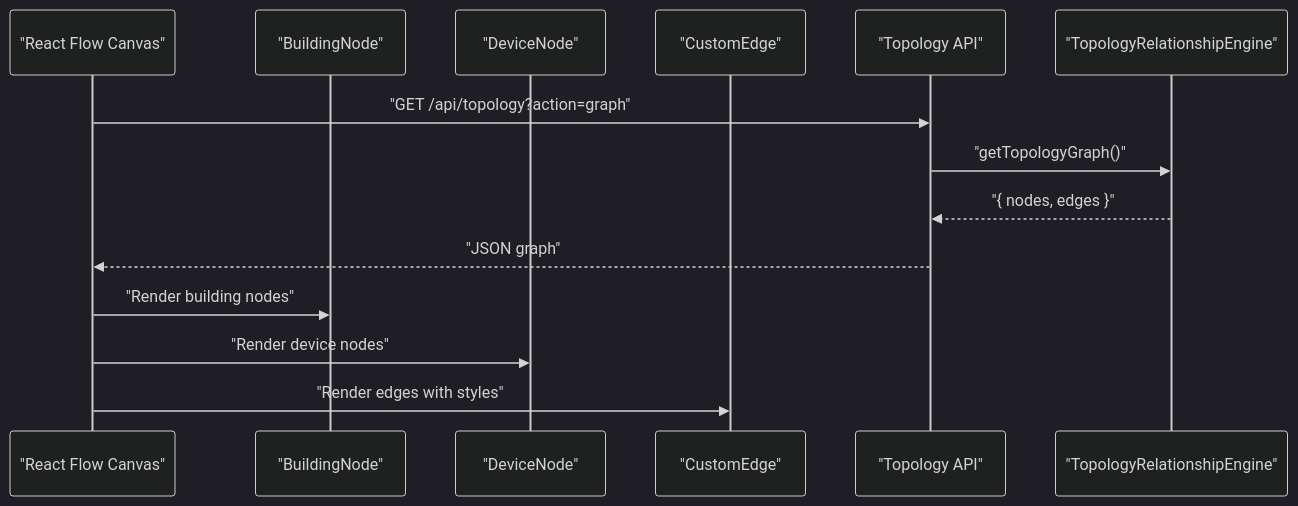
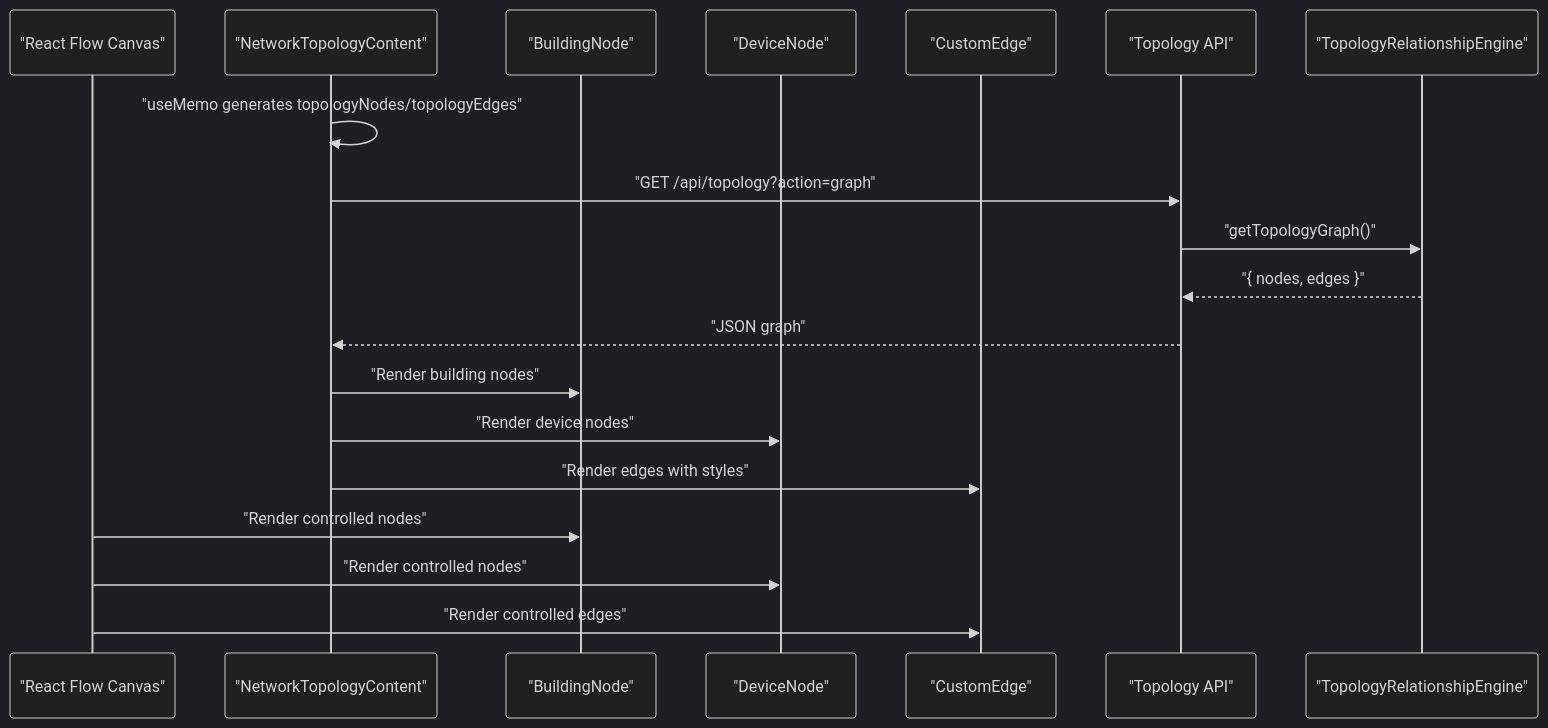
The second of 11 diagrams in .qoder/repowiki/en/content/Frontend Application/Topology and Network Visualization.md (celebigilfatih/infrascope), drawn with Mermaid (dark theme) before and after one commit. The commit also changed other lines of this file and 13 other files, not shown here.

````diff
--- a/.qoder/repowiki/en/content/Frontend Application/Topology and Network Visualization.md
+++ b/.qoder/repowiki/en/content/Frontend Application/Topology and Network Visualization.md
@@ -117,16 +136,21 @@
 ```mermaid
 sequenceDiagram
 participant UI as "React Flow Canvas"
+participant NTC as "NetworkTopologyContent"
 participant BN as "BuildingNode"
 participant DN as "DeviceNode"
 participant CE as "CustomEdge"
 participant API as "Topology API"
 participant Engine as "TopologyRelationshipEngine"
-UI->>API : "GET /api/topology?action=graph"
+NTC->>NTC : "useMemo generates topologyNodes/topologyEdges"
+NTC->>API : "GET /api/topology?action=graph"
 API->>Engine : "getTopologyGraph()"
 Engine-->>API : "{ nodes, edges }"
-API-->>UI : "JSON graph"
-UI->>BN : "Render building nodes"
-UI->>DN : "Render device nodes"
-UI->>CE : "Render edges with styles"
+API-->>NTC : "JSON graph"
+NTC->>BN : "Render building nodes"
+NTC->>DN : "Render device nodes"
+NTC->>CE : "Render edges with styles"
+UI->>BN : "Render controlled nodes"
+UI->>DN : "Render controlled nodes"
+UI->>CE : "Render controlled edges"
 ```
````
